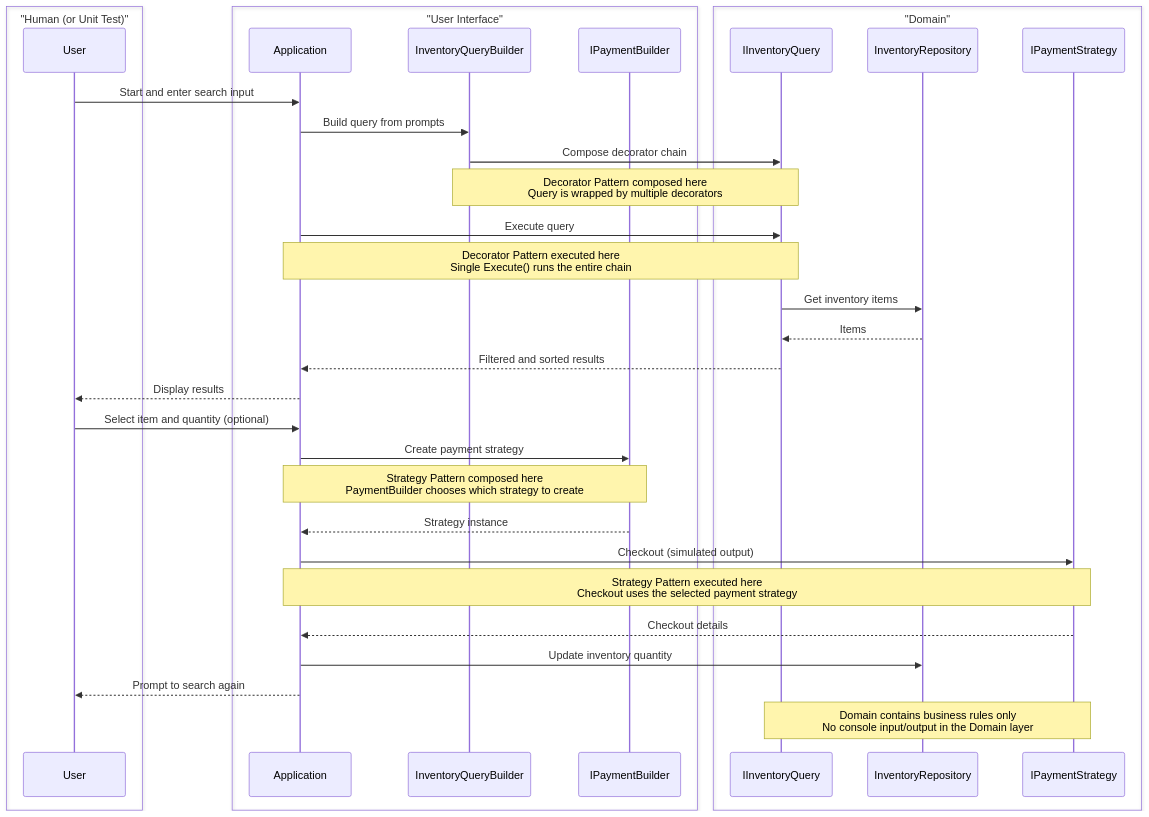
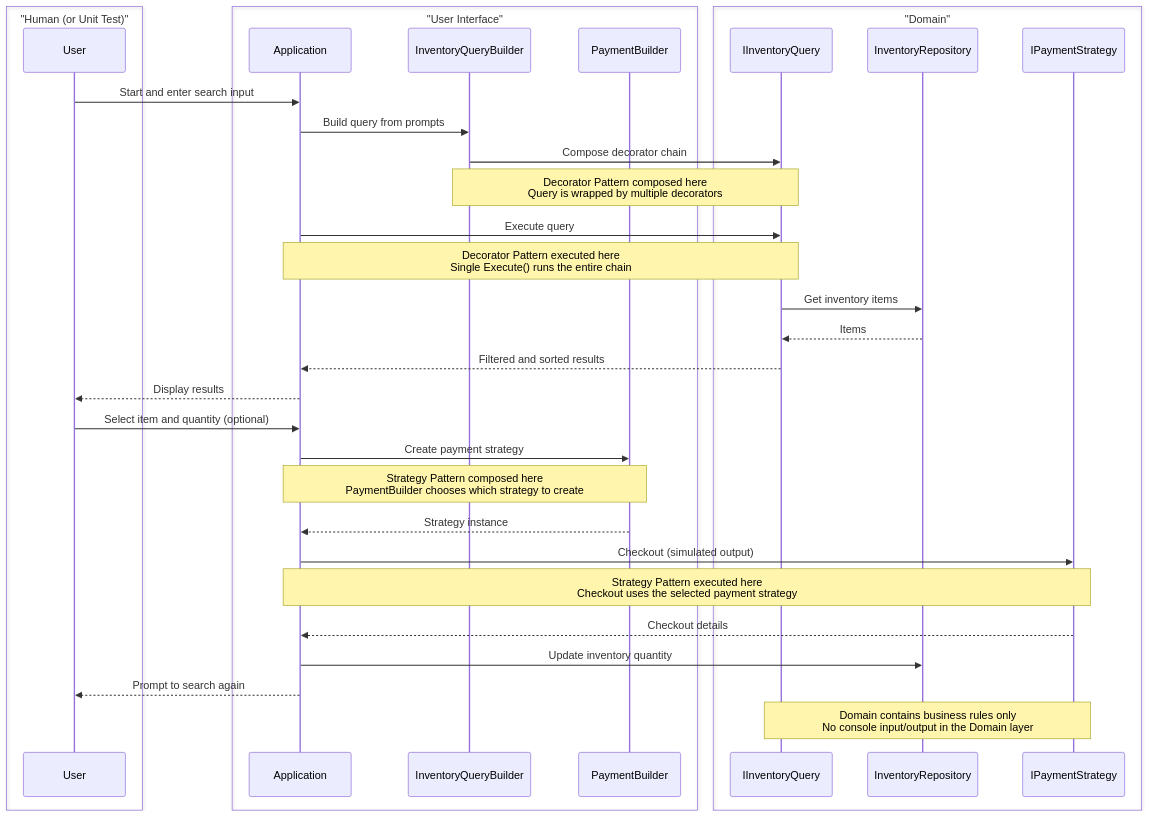
One commit to jeff-adkisson/swe-4743-spring-2026-oo-design changed the second of 2 diagrams in assignments/assignment-2.md. Above: the diagram before and after it, drawn with Mermaid. The commit also changed other lines of this file and 2 other files, not shown here.

````diff
--- a/assignments/assignment-2.md
+++ b/assignments/assignment-2.md
@@ -481,41 +486,41 @@
 ```mermaid
 sequenceDiagram
     box "Human (or Unit Test)"
         participant User
     end
 
     box "User Interface"
         participant App as Application
         participant QueryBuilder as InventoryQueryBuilder
-        participant PaymentBuilder as IPaymentBuilder
+        participant PaymentBuilder
     end
 
     box "Domain"
         participant Query as IInventoryQuery
         participant Repo as InventoryRepository
         participant Strategy as IPaymentStrategy
     end
 
     User->>App: Start and enter search input
     App->>QueryBuilder: Build query from prompts
     QueryBuilder->>Query: Compose decorator chain
     Note over QueryBuilder,Query: Decorator Pattern composed here<br>Query is wrapped by multiple decorators
     App->>Query: Execute query
     Note over App,Query: Decorator Pattern executed here<br>Single Execute() runs the entire chain
     Query->>Repo: Get inventory items
     Repo-->>Query: Items
     Query-->>App: Filtered and sorted results
     App-->>User: Display results
 
     User->>App: Select item and quantity (optional)
     App->>PaymentBuilder: Create payment strategy
     Note over App,PaymentBuilder: Strategy Pattern composed here<br>PaymentBuilder chooses which strategy to create
     PaymentBuilder-->>App: Strategy instance
     App->>Strategy: Checkout (simulated output)
     Note over App,Strategy: Strategy Pattern executed here<br>Checkout uses the selected payment strategy
     Strategy-->>App: Checkout details
     App->>Repo: Update inventory quantity
     App-->>User: Prompt to search again
 
     Note over Query,Strategy: Domain contains business rules only<br>No console input/output in the Domain layer
 ```
````
